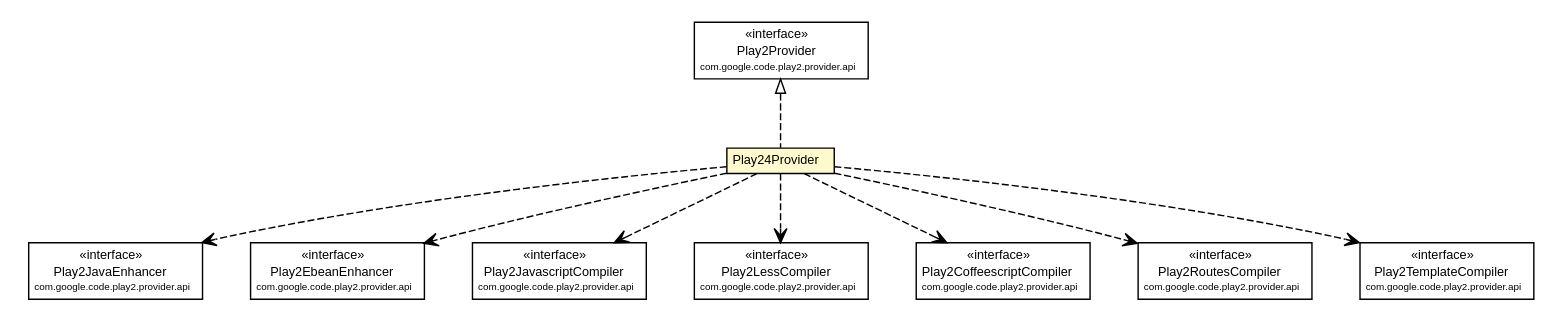
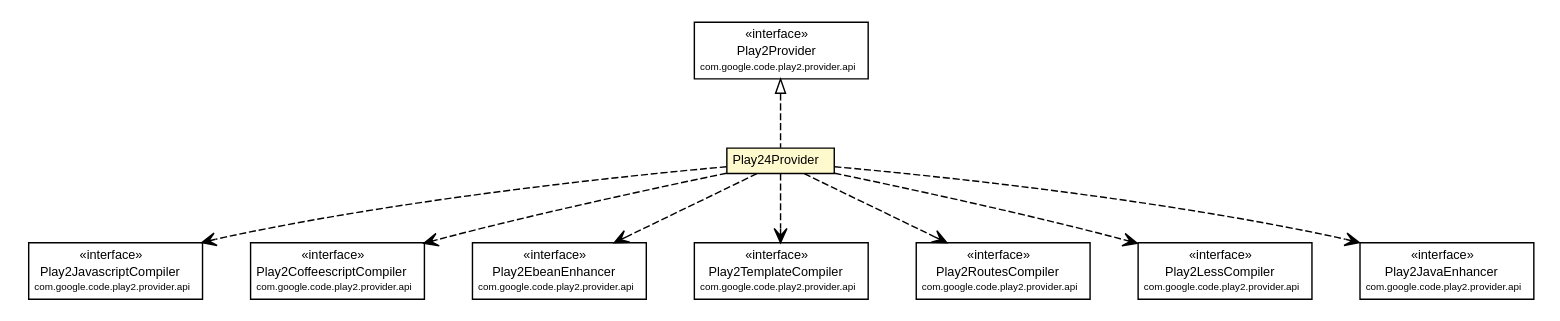
The diagram in mavensite/1.0.0-alpha8/play2-providers/play2-provider-play24/apidocs/com/google/code/play2/provider/play24/Play24Provider.dot (wouterhardeman/play2-maven-plugin), drawn with Graphviz before and after one commit. The commit also changed 599 other files, not shown here.

```diff
--- a/mavensite/1.0.0-alpha8/play2-providers/play2-provider-play24/apidocs/com/google/code/play2/provider/play24/Play24Provider.dot
+++ b/mavensite/1.0.0-alpha8/play2-providers/play2-provider-play24/apidocs/com/google/code/play2/provider/play24/Play24Provider.dot
@@ -17,82 +17,82 @@
 		</table>>, URL="./Play24Provider.html", fontname="arial", fontcolor="black", fontsize=9.0];
 	//com.google.code.play2.provider.play24.Play24Provider implements com.google.code.play2.provider.api.Play2Provider
 	c186:p -> c177:p [dir=back,arrowtail=empty,style=dashed];
+	// com.google.code.play2.provider.play24.Play24Provider DEPEND com.google.code.play2.provider.api.Play2JavascriptCompiler
+	c177:p -> c187:p [taillabel="", label="", headlabel="", fontname="arial", fontcolor="black", fontsize=10.0, color="black", arrowhead=open, style=dashed];
+	// com.google.code.play2.provider.play24.Play24Provider DEPEND com.google.code.play2.provider.api.Play2CoffeescriptCompiler
+	c177:p -> c188:p [taillabel="", label="", headlabel="", fontname="arial", fontcolor="black", fontsize=10.0, color="black", arrowhead=open, style=dashed];
+	// com.google.code.play2.provider.play24.Play24Provider DEPEND com.google.code.play2.provider.api.Play2EbeanEnhancer
+	c177:p -> c189:p [taillabel="", label="", headlabel="", fontname="arial", fontcolor="black", fontsize=10.0, color="black", arrowhead=open, style=dashed];
+	// com.google.code.play2.provider.play24.Play24Provider DEPEND com.google.code.play2.provider.api.Play2TemplateCompiler
+	c177:p -> c190:p [taillabel="", label="", headlabel="", fontname="arial", fontcolor="black", fontsize=10.0, color="black", arrowhead=open, style=dashed];
+	// com.google.code.play2.provider.play24.Play24Provider DEPEND com.google.code.play2.provider.api.Play2RoutesCompiler
+	c177:p -> c191:p [taillabel="", label="", headlabel="", fontname="arial", fontcolor="black", fontsize=10.0, color="black", arrowhead=open, style=dashed];
+	// com.google.code.play2.provider.play24.Play24Provider DEPEND com.google.code.play2.provider.api.Play2LessCompiler
+	c177:p -> c192:p [taillabel="", label="", headlabel="", fontname="arial", fontcolor="black", fontsize=10.0, color="black", arrowhead=open, style=dashed];
 	// com.google.code.play2.provider.play24.Play24Provider DEPEND com.google.code.play2.provider.api.Play2JavaEnhancer
-	c177:p -> c187:p [taillabel="", label="", headlabel="", fontname="arial", fontcolor="black", fontsize=10.0, color="black", arrowhead=open, style=dashed];
-	// com.google.code.play2.provider.play24.Play24Provider DEPEND com.google.code.play2.provider.api.Play2EbeanEnhancer
-	c177:p -> c188:p [taillabel="", label="", headlabel="", fontname="arial", fontcolor="black", fontsize=10.0, color="black", arrowhead=open, style=dashed];
-	// com.google.code.play2.provider.play24.Play24Provider DEPEND com.google.code.play2.provider.api.Play2JavascriptCompiler
-	c177:p -> c189:p [taillabel="", label="", headlabel="", fontname="arial", fontcolor="black", fontsize=10.0, color="black", arrowhead=open, style=dashed];
-	// com.google.code.play2.provider.play24.Play24Provider DEPEND com.google.code.play2.provider.api.Play2LessCompiler
-	c177:p -> c190:p [taillabel="", label="", headlabel="", fontname="arial", fontcolor="black", fontsize=10.0, color="black", arrowhead=open, style=dashed];
-	// com.google.code.play2.provider.play24.Play24Provider DEPEND com.google.code.play2.provider.api.Play2CoffeescriptCompiler
-	c177:p -> c191:p [taillabel="", label="", headlabel="", fontname="arial", fontcolor="black", fontsize=10.0, color="black", arrowhead=open, style=dashed];
-	// com.google.code.play2.provider.play24.Play24Provider DEPEND com.google.code.play2.provider.api.Play2RoutesCompiler
-	c177:p -> c192:p [taillabel="", label="", headlabel="", fontname="arial", fontcolor="black", fontsize=10.0, color="black", arrowhead=open, style=dashed];
-	// com.google.code.play2.provider.play24.Play24Provider DEPEND com.google.code.play2.provider.api.Play2TemplateCompiler
 	c177:p -> c193:p [taillabel="", label="", headlabel="", fontname="arial", fontcolor="black", fontsize=10.0, color="black", arrowhead=open, style=dashed];
 	// com.google.code.play2.provider.api.Play2EbeanEnhancer
-	c188 [label=<<table title="com.google.code.play2.provider.api.Play2EbeanEnhancer" border="0" cellborder="1" cellspacing="0" cellpadding="2" port="p" href="https://play2-maven-plugin.googlecode.com/svn/mavensite/1.0.0-alpha8-SNAPSHOT/play2-provider-api/apidocs/com/google/code/play2/provider/api/Play2EbeanEnhancer.html">
+	c189 [label=<<table title="com.google.code.play2.provider.api.Play2EbeanEnhancer" border="0" cellborder="1" cellspacing="0" cellpadding="2" port="p" href="https://play2-maven-plugin.googlecode.com/svn/mavensite/1.0.0-alpha8/play2-provider-api/apidocs/com/google/code/play2/provider/api/Play2EbeanEnhancer.html">
 		<tr><td><table border="0" cellspacing="0" cellpadding="1">
 <tr><td align="center" balign="center"> &#171;interface&#187; </td></tr>
 <tr><td align="center" balign="center"> Play2EbeanEnhancer </td></tr>
 <tr><td align="center" balign="center"><font point-size="7.0"> com.google.code.play2.provider.api </font></td></tr>
 		</table></td></tr>
-		</table>>, URL="https://play2-maven-plugin.googlecode.com/svn/mavensite/1.0.0-alpha8-SNAPSHOT/play2-provider-api/apidocs/com/google/code/play2/provider/api/Play2EbeanEnhancer.html", fontname="arial", fontcolor="black", fontsize=9.0];
+		</table>>, URL="https://play2-maven-plugin.googlecode.com/svn/mavensite/1.0.0-alpha8/play2-provider-api/apidocs/com/google/code/play2/provider/api/Play2EbeanEnhancer.html", fontname="arial", fontcolor="black", fontsize=9.0];
 	// com.google.code.play2.provider.api.Play2LessCompiler
-	c190 [label=<<table title="com.google.code.play2.provider.api.Play2LessCompiler" border="0" cellborder="1" cellspacing="0" cellpadding="2" port="p" href="https://play2-maven-plugin.googlecode.com/svn/mavensite/1.0.0-alpha8-SNAPSHOT/play2-provider-api/apidocs/com/google/code/play2/provider/api/Play2LessCompiler.html">
+	c192 [label=<<table title="com.google.code.play2.provider.api.Play2LessCompiler" border="0" cellborder="1" cellspacing="0" cellpadding="2" port="p" href="https://play2-maven-plugin.googlecode.com/svn/mavensite/1.0.0-alpha8/play2-provider-api/apidocs/com/google/code/play2/provider/api/Play2LessCompiler.html">
 		<tr><td><table border="0" cellspacing="0" cellpadding="1">
 <tr><td align="center" balign="center"> &#171;interface&#187; </td></tr>
 <tr><td align="center" balign="center"> Play2LessCompiler </td></tr>
 <tr><td align="center" balign="center"><font point-size="7.0"> com.google.code.play2.provider.api </font></td></tr>
 		</table></td></tr>
-		</table>>, URL="https://play2-maven-plugin.googlecode.com/svn/mavensite/1.0.0-alpha8-SNAPSHOT/play2-provider-api/apidocs/com/google/code/play2/provider/api/Play2LessCompiler.html", fontname="arial", fontcolor="black", fontsize=9.0];
+		</table>>, URL="https://play2-maven-plugin.googlecode.com/svn/mavensite/1.0.0-alpha8/play2-provider-api/apidocs/com/google/code/play2/provider/api/Play2LessCompiler.html", fontname="arial", fontcolor="black", fontsize=9.0];
 	// com.google.code.play2.provider.api.Play2CoffeescriptCompiler
-	c191 [label=<<table title="com.google.code.play2.provider.api.Play2CoffeescriptCompiler" border="0" cellborder="1" cellspacing="0" cellpadding="2" port="p" href="https://play2-maven-plugin.googlecode.com/svn/mavensite/1.0.0-alpha8-SNAPSHOT/play2-provider-api/apidocs/com/google/code/play2/provider/api/Play2CoffeescriptCompiler.html">
+	c188 [label=<<table title="com.google.code.play2.provider.api.Play2CoffeescriptCompiler" border="0" cellborder="1" cellspacing="0" cellpadding="2" port="p" href="https://play2-maven-plugin.googlecode.com/svn/mavensite/1.0.0-alpha8/play2-provider-api/apidocs/com/google/code/play2/provider/api/Play2CoffeescriptCompiler.html">
 		<tr><td><table border="0" cellspacing="0" cellpadding="1">
 <tr><td align="center" balign="center"> &#171;interface&#187; </td></tr>
 <tr><td align="center" balign="center"> Play2CoffeescriptCompiler </td></tr>
 <tr><td align="center" balign="center"><font point-size="7.0"> com.google.code.play2.provider.api </font></td></tr>
 		</table></td></tr>
-		</table>>, URL="https://play2-maven-plugin.googlecode.com/svn/mavensite/1.0.0-alpha8-SNAPSHOT/play2-provider-api/apidocs/com/google/code/play2/provider/api/Play2CoffeescriptCompiler.html", fontname="arial", fontcolor="black", fontsize=9.0];
+		</table>>, URL="https://play2-maven-plugin.googlecode.com/svn/mavensite/1.0.0-alpha8/play2-provider-api/apidocs/com/google/code/play2/provider/api/Play2CoffeescriptCompiler.html", fontname="arial", fontcolor="black", fontsize=9.0];
 	// com.google.code.play2.provider.api.Play2JavaEnhancer
-	c187 [label=<<table title="com.google.code.play2.provider.api.Play2JavaEnhancer" border="0" cellborder="1" cellspacing="0" cellpadding="2" port="p" href="https://play2-maven-plugin.googlecode.com/svn/mavensite/1.0.0-alpha8-SNAPSHOT/play2-provider-api/apidocs/com/google/code/play2/provider/api/Play2JavaEnhancer.html">
+	c193 [label=<<table title="com.google.code.play2.provider.api.Play2JavaEnhancer" border="0" cellborder="1" cellspacing="0" cellpadding="2" port="p" href="https://play2-maven-plugin.googlecode.com/svn/mavensite/1.0.0-alpha8/play2-provider-api/apidocs/com/google/code/play2/provider/api/Play2JavaEnhancer.html">
 		<tr><td><table border="0" cellspacing="0" cellpadding="1">
 <tr><td align="center" balign="center"> &#171;interface&#187; </td></tr>
 <tr><td align="center" balign="center"> Play2JavaEnhancer </td></tr>
 <tr><td align="center" balign="center"><font point-size="7.0"> com.google.code.play2.provider.api </font></td></tr>
 		</table></td></tr>
-		</table>>, URL="https://play2-maven-plugin.googlecode.com/svn/mavensite/1.0.0-alpha8-SNAPSHOT/play2-provider-api/apidocs/com/google/code/play2/provider/api/Play2JavaEnhancer.html", fontname="arial", fontcolor="black", fontsize=9.0];
+		</table>>, URL="https://play2-maven-plugin.googlecode.com/svn/mavensite/1.0.0-alpha8/play2-provider-api/apidocs/com/google/code/play2/provider/api/Play2JavaEnhancer.html", fontname="arial", fontcolor="black", fontsize=9.0];
 	// com.google.code.play2.provider.api.Play2RoutesCompiler
-	c192 [label=<<table title="com.google.code.play2.provider.api.Play2RoutesCompiler" border="0" cellborder="1" cellspacing="0" cellpadding="2" port="p" href="https://play2-maven-plugin.googlecode.com/svn/mavensite/1.0.0-alpha8-SNAPSHOT/play2-provider-api/apidocs/com/google/code/play2/provider/api/Play2RoutesCompiler.html">
+	c191 [label=<<table title="com.google.code.play2.provider.api.Play2RoutesCompiler" border="0" cellborder="1" cellspacing="0" cellpadding="2" port="p" href="https://play2-maven-plugin.googlecode.com/svn/mavensite/1.0.0-alpha8/play2-provider-api/apidocs/com/google/code/play2/provider/api/Play2RoutesCompiler.html">
 		<tr><td><table border="0" cellspacing="0" cellpadding="1">
 <tr><td align="center" balign="center"> &#171;interface&#187; </td></tr>
 <tr><td align="center" balign="center"> Play2RoutesCompiler </td></tr>
 <tr><td align="center" balign="center"><font point-size="7.0"> com.google.code.play2.provider.api </font></td></tr>
 		</table></td></tr>
-		</table>>, URL="https://play2-maven-plugin.googlecode.com/svn/mavensite/1.0.0-alpha8-SNAPSHOT/play2-provider-api/apidocs/com/google/code/play2/provider/api/Play2RoutesCompiler.html", fontname="arial", fontcolor="black", fontsize=9.0];
+		</table>>, URL="https://play2-maven-plugin.googlecode.com/svn/mavensite/1.0.0-alpha8/play2-provider-api/apidocs/com/google/code/play2/provider/api/Play2RoutesCompiler.html", fontname="arial", fontcolor="black", fontsize=9.0];
 	// com.google.code.play2.provider.api.Play2JavascriptCompiler
-	c189 [label=<<table title="com.google.code.play2.provider.api.Play2JavascriptCompiler" border="0" cellborder="1" cellspacing="0" cellpadding="2" port="p" href="https://play2-maven-plugin.googlecode.com/svn/mavensite/1.0.0-alpha8-SNAPSHOT/play2-provider-api/apidocs/com/google/code/play2/provider/api/Play2JavascriptCompiler.html">
+	c187 [label=<<table title="com.google.code.play2.provider.api.Play2JavascriptCompiler" border="0" cellborder="1" cellspacing="0" cellpadding="2" port="p" href="https://play2-maven-plugin.googlecode.com/svn/mavensite/1.0.0-alpha8/play2-provider-api/apidocs/com/google/code/play2/provider/api/Play2JavascriptCompiler.html">
 		<tr><td><table border="0" cellspacing="0" cellpadding="1">
 <tr><td align="center" balign="center"> &#171;interface&#187; </td></tr>
 <tr><td align="center" balign="center"> Play2JavascriptCompiler </td></tr>
 <tr><td align="center" balign="center"><font point-size="7.0"> com.google.code.play2.provider.api </font></td></tr>
 		</table></td></tr>
-		</table>>, URL="https://play2-maven-plugin.googlecode.com/svn/mavensite/1.0.0-alpha8-SNAPSHOT/play2-provider-api/apidocs/com/google/code/play2/provider/api/Play2JavascriptCompiler.html", fontname="arial", fontcolor="black", fontsize=9.0];
+		</table>>, URL="https://play2-maven-plugin.googlecode.com/svn/mavensite/1.0.0-alpha8/play2-provider-api/apidocs/com/google/code/play2/provider/api/Play2JavascriptCompiler.html", fontname="arial", fontcolor="black", fontsize=9.0];
 	// com.google.code.play2.provider.api.Play2Provider
-	c186 [label=<<table title="com.google.code.play2.provider.api.Play2Provider" border="0" cellborder="1" cellspacing="0" cellpadding="2" port="p" href="https://play2-maven-plugin.googlecode.com/svn/mavensite/1.0.0-alpha8-SNAPSHOT/play2-provider-api/apidocs/com/google/code/play2/provider/api/Play2Provider.html">
+	c186 [label=<<table title="com.google.code.play2.provider.api.Play2Provider" border="0" cellborder="1" cellspacing="0" cellpadding="2" port="p" href="https://play2-maven-plugin.googlecode.com/svn/mavensite/1.0.0-alpha8/play2-provider-api/apidocs/com/google/code/play2/provider/api/Play2Provider.html">
 		<tr><td><table border="0" cellspacing="0" cellpadding="1">
 <tr><td align="center" balign="center"> &#171;interface&#187; </td></tr>
 <tr><td align="center" balign="center"> Play2Provider </td></tr>
 <tr><td align="center" balign="center"><font point-size="7.0"> com.google.code.play2.provider.api </font></td></tr>
 		</table></td></tr>
-		</table>>, URL="https://play2-maven-plugin.googlecode.com/svn/mavensite/1.0.0-alpha8-SNAPSHOT/play2-provider-api/apidocs/com/google/code/play2/provider/api/Play2Provider.html", fontname="arial", fontcolor="black", fontsize=9.0];
+		</table>>, URL="https://play2-maven-plugin.googlecode.com/svn/mavensite/1.0.0-alpha8/play2-provider-api/apidocs/com/google/code/play2/provider/api/Play2Provider.html", fontname="arial", fontcolor="black", fontsize=9.0];
 	// com.google.code.play2.provider.api.Play2TemplateCompiler
-	c193 [label=<<table title="com.google.code.play2.provider.api.Play2TemplateCompiler" border="0" cellborder="1" cellspacing="0" cellpadding="2" port="p" href="https://play2-maven-plugin.googlecode.com/svn/mavensite/1.0.0-alpha8-SNAPSHOT/play2-provider-api/apidocs/com/google/code/play2/provider/api/Play2TemplateCompiler.html">
+	c190 [label=<<table title="com.google.code.play2.provider.api.Play2TemplateCompiler" border="0" cellborder="1" cellspacing="0" cellpadding="2" port="p" href="https://play2-maven-plugin.googlecode.com/svn/mavensite/1.0.0-alpha8/play2-provider-api/apidocs/com/google/code/play2/provider/api/Play2TemplateCompiler.html">
 		<tr><td><table border="0" cellspacing="0" cellpadding="1">
 <tr><td align="center" balign="center"> &#171;interface&#187; </td></tr>
 <tr><td align="center" balign="center"> Play2TemplateCompiler </td></tr>
 <tr><td align="center" balign="center"><font point-size="7.0"> com.google.code.play2.provider.api </font></td></tr>
 		</table></td></tr>
-		</table>>, URL="https://play2-maven-plugin.googlecode.com/svn/mavensite/1.0.0-alpha8-SNAPSHOT/play2-provider-api/apidocs/com/google/code/play2/provider/api/Play2TemplateCompiler.html", fontname="arial", fontcolor="black", fontsize=9.0];
+		</table>>, URL="https://play2-maven-plugin.googlecode.com/svn/mavensite/1.0.0-alpha8/play2-provider-api/apidocs/com/google/code/play2/provider/api/Play2TemplateCompiler.html", fontname="arial", fontcolor="black", fontsize=9.0];
 }
```
